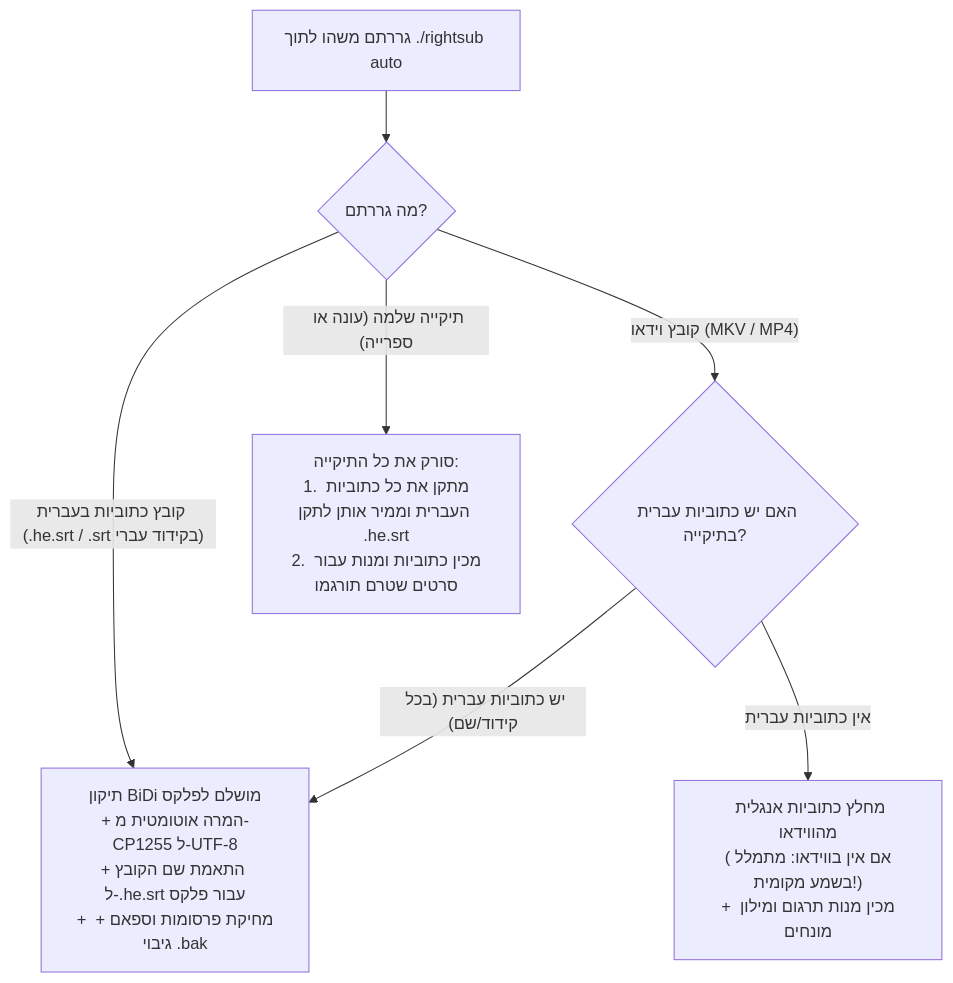
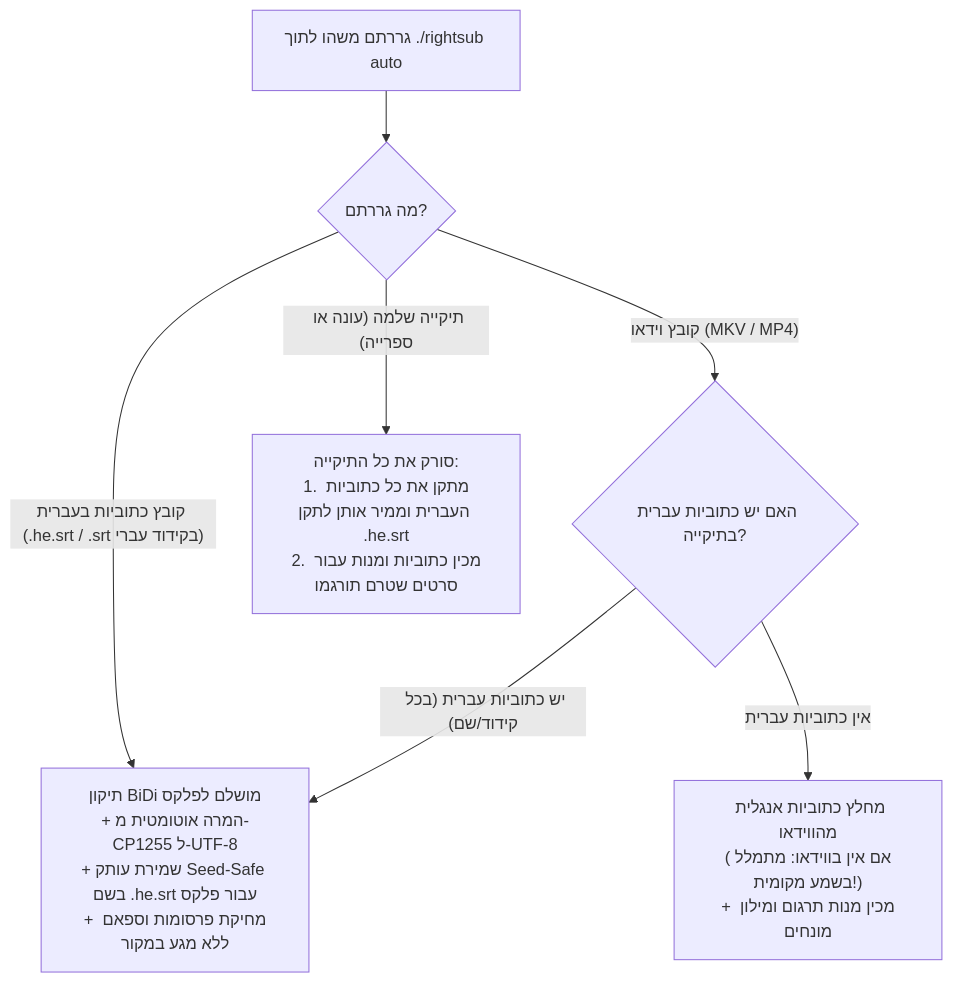
Before and after one commit to omerninyo/RightSub: the diagram in docs/QUICKSTART_FOR_BEGINNERS.he.md, drawn with Mermaid. The commit also changed other lines of this file and 120 other files, not shown here.

````diff
--- a/docs/QUICKSTART_FOR_BEGINNERS.he.md
+++ b/docs/QUICKSTART_FOR_BEGINNERS.he.md
@@ -45,12 +45,12 @@
 ```mermaid
 graph TD
     Start["גררתם משהו לתוך ./rightsub auto"] --> Check{"מה גררתם?"}
     
-    Check -- "קובץ כתוביות בעברית (.he.srt / .srt בקידוד עברי)" --> Action1["תיקון BiDi מושלם לפלקס<br/>+ המרה אוטומטית מ-CP1255 ל-UTF-8<br/>+ התאמת שם הקובץ ל-.he.srt עבור פלקס<br/>+ מחיקת פרסומות וספאם + גיבוי .bak"]
+    Check -- "קובץ כתוביות בעברית (.he.srt / .srt בקידוד עברי)" --> Action1["תיקון BiDi מושלם לפלקס<br/>+ המרה אוטומטית מ-CP1255 ל-UTF-8<br/>+ שמירת עותק Seed-Safe בשם .he.srt עבור פלקס<br/>+ מחיקת פרסומות וספאם ללא מגע במקור"]
     
     Check -- "קובץ וידאו (MKV / MP4)" --> VideoCheck{"האם יש כתוביות עברית בתיקייה?"}
     VideoCheck -- "יש כתוביות עברית (בכל קידוד/שם)" --> Action1
     VideoCheck -- "אין כתוביות עברית" --> Action2["מחלץ כתוביות אנגלית מהווידאו<br/>(אם אין בווידאו: מתמלל בשמע מקומית!)<br/>+ מכין מנות תרגום ומילון מונחים"]
     
     Check -- "תיקייה שלמה (עונה או ספרייה)" --> Action3["סורק את כל התיקייה:<br/>1. מתקן את כל כתוביות העברית וממיר אותן לתקן .he.srt<br/>2. מכין כתוביות ומנות עבור סרטים שטרם תורגמו"]
 ```
````
